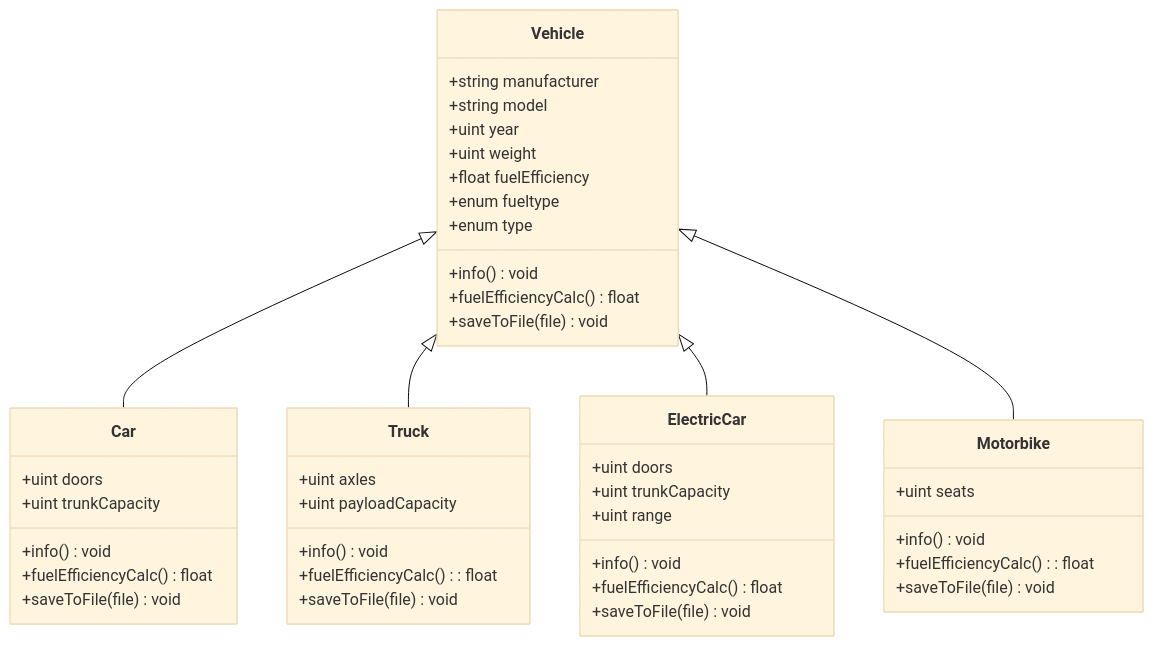
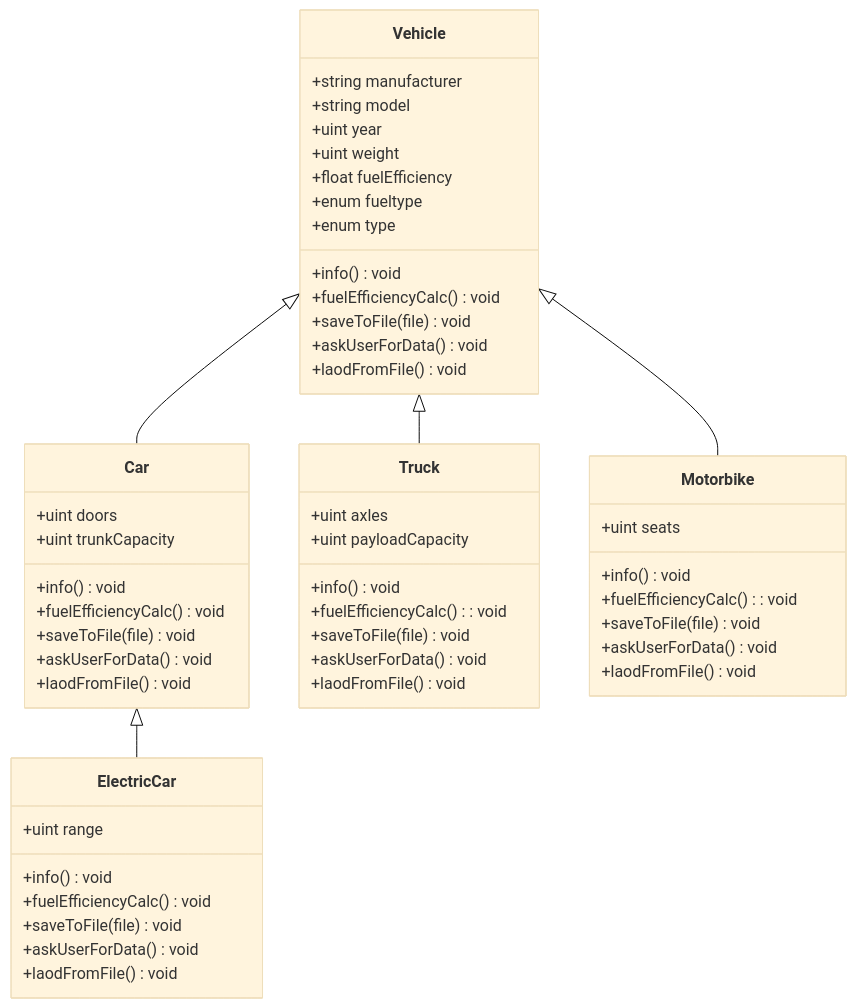
The first of 7 diagrams in FinalProject/Readme.md (asamaranch78/swatcplusplus25Q4), drawn with Mermaid (base theme) before and after one commit. The commit also changed 12 other files, not shown here.

````diff
--- a/FinalProject/Readme.md
+++ b/FinalProject/Readme.md
@@ -56,52 +56,60 @@
 ```mermaid
 classDiagram
 	Vehicle <|-- Car
 	Vehicle <|-- Truck
-	Vehicle <|-- ElectricCar
+	Car <|-- ElectricCar
 	Vehicle <|-- Motorbike
 	
 	class Vehicle {
 		+string manufacturer
 		+string model
 		+uint year
 		+uint weight
 		+float fuelEfficiency
 		+enum fueltype
 		+enum type
 		+info() void
-		+fuelEfficiencyCalc() float
+		+fuelEfficiencyCalc() void
         +saveToFile(file) void
+        +askUserForData() void
+        +laodFromFile() void
 	}
 
 	class Car {
 		+uint doors
 		+uint trunkCapacity
 		+info() void
-		+fuelEfficiencyCalc() float
+		+fuelEfficiencyCalc() void
         +saveToFile(file) void
+        +askUserForData() void
+        +laodFromFile() void
 	}
 
 	class ElectricCar {
-		+uint doors
-		+uint trunkCapacity
 		+uint range
 		+info() void
-		+fuelEfficiencyCalc() float
+		+fuelEfficiencyCalc() void
         +saveToFile(file) void
+        +askUserForData() void
+        +laodFromFile() void
 	}
 
 	class Truck {
 		+uint axles
 		+uint payloadCapacity
 		+info() void
-		+fuelEfficiencyCalc(): float
+		+fuelEfficiencyCalc(): void
         +saveToFile(file) void
+        +askUserForData() void
+        +laodFromFile() void
 	}
 
 	class Motorbike {
 		+uint seats
 		+info() void
-		+fuelEfficiencyCalc(): float
+		+fuelEfficiencyCalc(): void
         +saveToFile(file) void
+        +askUserForData() void
+        +laodFromFile() void
 	}
 ```
````
